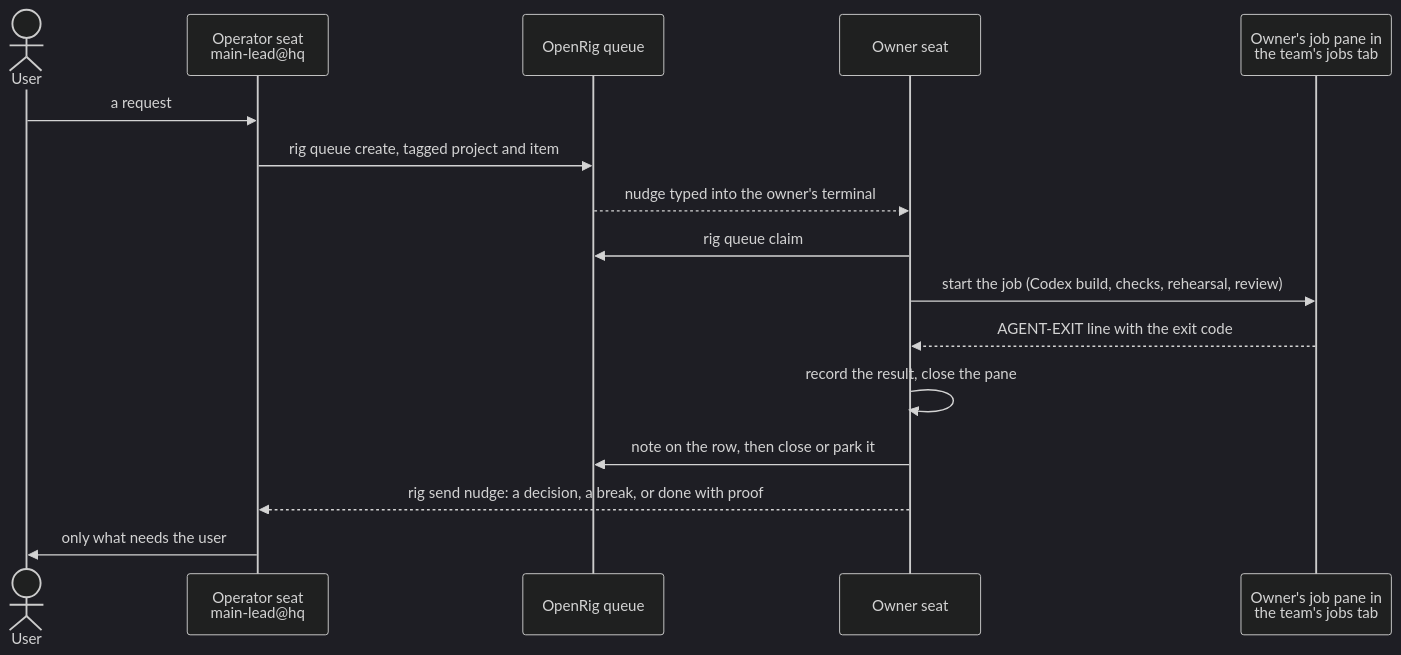
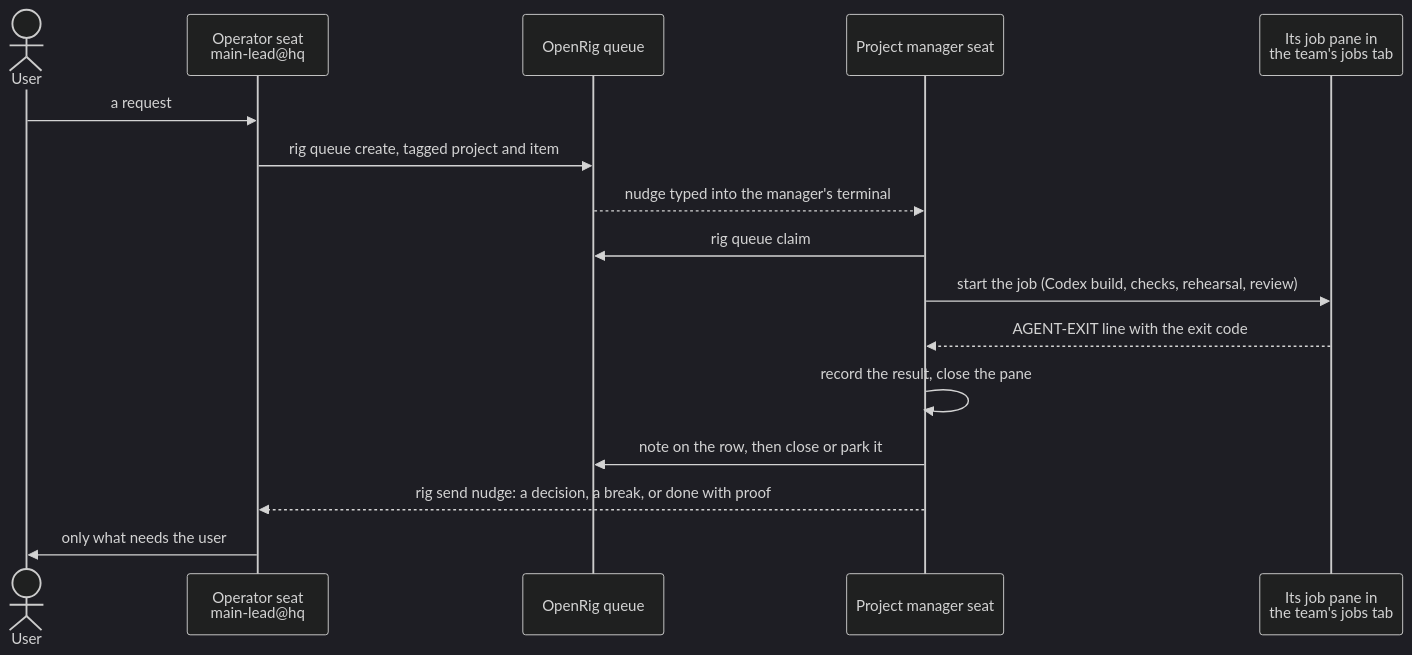
One commit to sh4i-yurei/workflow-engine changed the fifth of 5 diagrams in ARCHITECTURE.md. Above: the diagram before and after it, drawn with Mermaid (dark theme). The commit also changed other lines of this file and 60 other files, not shown here.

````diff
--- a/ARCHITECTURE.md
+++ b/ARCHITECTURE.md
@@ -157,18 +163,18 @@
 ```mermaid
 sequenceDiagram
   actor U as User
   participant Op as Operator seat<br/>main-lead@hq
   participant Q as OpenRig queue
-  participant Ow as Owner seat
-  participant J as Owner's job pane in<br/>the team's jobs tab
+  participant Ow as Project manager seat
+  participant J as Its job pane in<br/>the team's jobs tab
   U->>Op: a request
   Op->>Q: rig queue create, tagged project and item
-  Q-->>Ow: nudge typed into the owner's terminal
+  Q-->>Ow: nudge typed into the manager's terminal
   Ow->>Q: rig queue claim
   Ow->>J: start the job (Codex build, checks, rehearsal, review)
   J-->>Ow: AGENT-EXIT line with the exit code
   Ow->>Ow: record the result, close the pane
   Ow->>Q: note on the row, then close or park it
   Ow-->>Op: rig send nudge: a decision, a break, or done with proof
   Op->>U: only what needs the user
 ```
````
